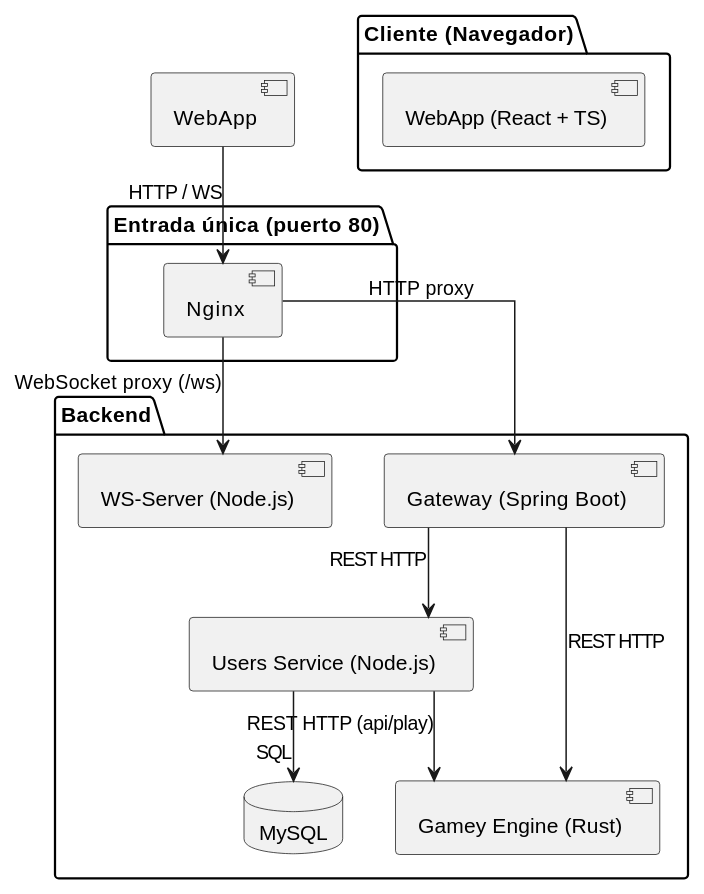
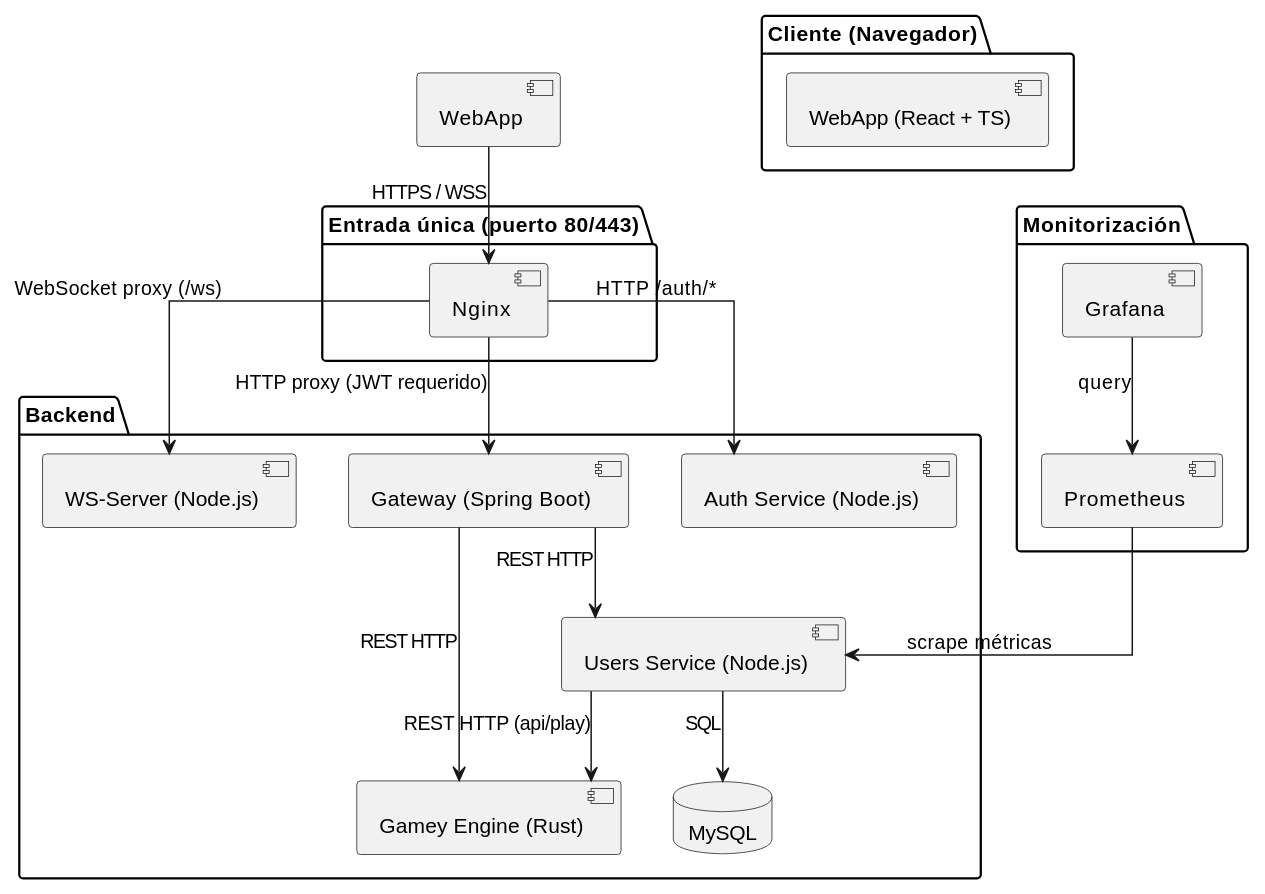
One commit to Arquisoft/yovi_es4c changed the first of 3 diagrams in docs/src/05_building_block_view.adoc. Above: the diagram before and after it, drawn with PlantUML. The commit also changed other lines of this file and 9 other files, not shown here.

Commit message:
Actualizacion de documentacion y creacion de script para el funcionamiento independiente del classpath del plantuml

```diff
--- a/docs/src/05_building_block_view.adoc
+++ b/docs/src/05_building_block_view.adoc
@@ -10,30 +10,39 @@
 [plantuml, building-block-overview, png]
 ----
 @startuml
 skinparam linetype ortho
 
 package "Cliente (Navegador)" {
   [WebApp (React + TS)]
 }
 
-package "Entrada única (puerto 80)" {
+package "Entrada única (puerto 80/443)" {
   [Nginx]
 }
 
 package "Backend" {
+  [Auth Service (Node.js)] as AS
   [Gateway (Spring Boot)] as GW
   [Users Service (Node.js)] as US
   [Gamey Engine (Rust)] as GE
   [WS-Server (Node.js)] as WS
   database "MySQL" as DB
 }
 
-[WebApp] --> [Nginx] : HTTP / WS
-[Nginx] --> [GW] : HTTP proxy
+package "Monitorización" {
+  [Prometheus]
+  [Grafana]
+}
+
+[WebApp] --> [Nginx] : HTTPS / WSS
+[Nginx] --> [AS] : HTTP /auth/*
+[Nginx] --> [GW] : HTTP proxy (JWT requerido)
 [Nginx] --> [WS] : WebSocket proxy (/ws)
 [GW] --> [US] : REST HTTP
 [GW] --> [GE] : REST HTTP
 [US] --> [GE] : REST HTTP (api/play)
 [US] --> [DB] : SQL
+[Prometheus] --> [US] : scrape métricas
+[Grafana] --> [Prometheus] : query
 @enduml
 ----
```
